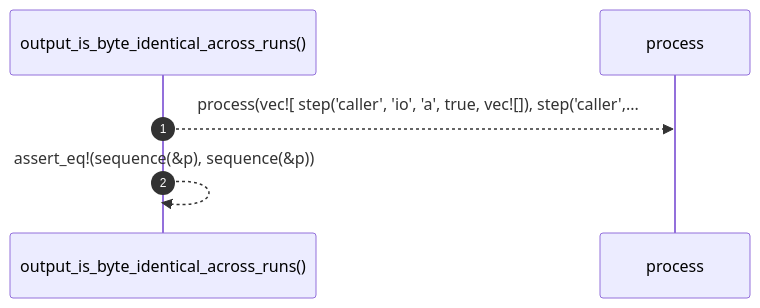
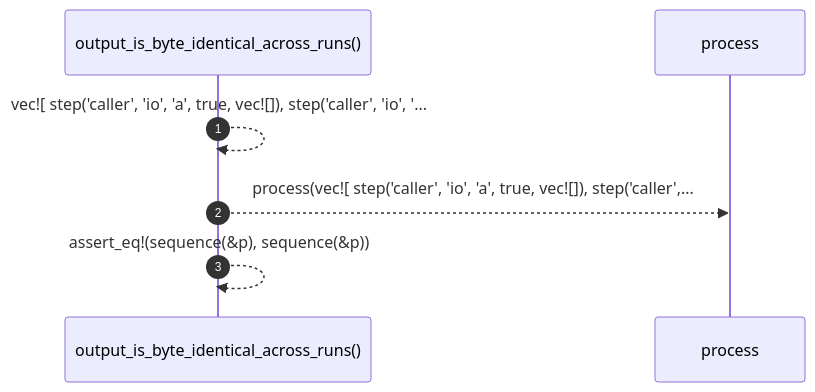
Before and after one commit to RyanGuild/self-describing-code: the diagram in docs/self-model/robby_render/test_render/output-is-byte-identical-across-runs.md, drawn with Mermaid. The commit also changed other lines of this file and 1404 other files, not shown here.

````diff
--- a/docs/self-model/robby_render/test_render/output-is-byte-identical-across-runs.md
+++ b/docs/self-model/robby_render/test_render/output-is-byte-identical-across-runs.md
@@ -23,8 +23,9 @@
 ```mermaid
 sequenceDiagram
     autonumber
     participant output_is_byte_identical_across_runs as output_is_byte_identical_across_runs()
     participant process as process
+    output_is_byte_identical_across_runs-->>output_is_byte_identical_across_runs: vec![ step('caller', 'io', 'a', true, vec![]), step('caller', 'io', '...
     output_is_byte_identical_across_runs-->>process: process(vec![ step('caller', 'io', 'a', true, vec![]), step('caller',...
     output_is_byte_identical_across_runs-->>output_is_byte_identical_across_runs: assert_eq!(sequence(&p), sequence(&p))
 ```
````
